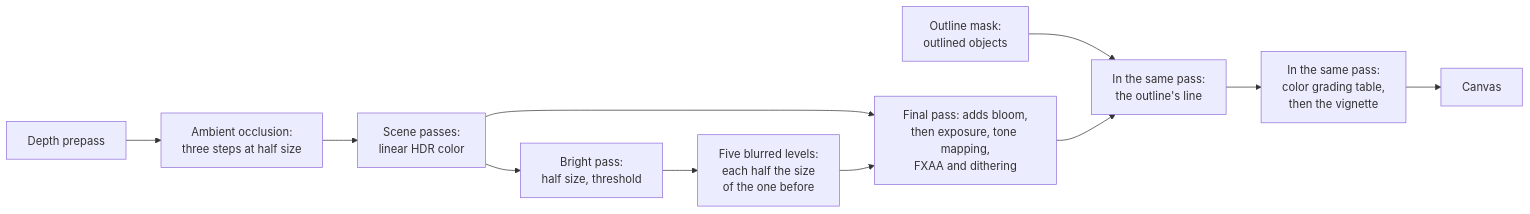
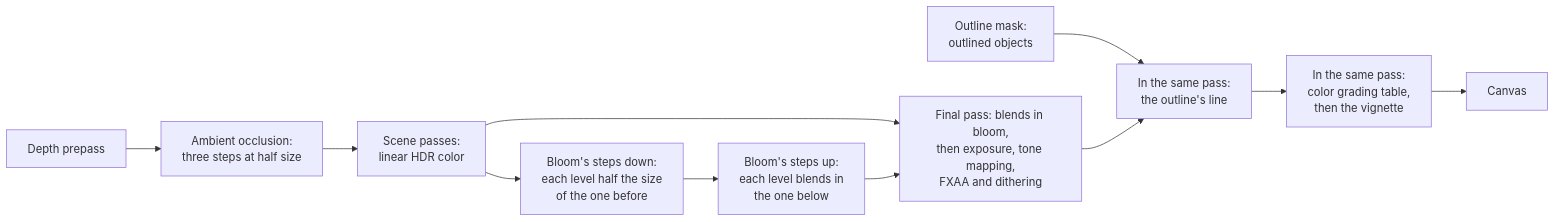
Before and after one commit to null3d-engine/null3d: the diagram in docs/concepts/post-processing.md, drawn with Mermaid. The commit also changed other lines of this file and 89 other files, not shown here.

````diff
--- a/docs/concepts/post-processing.md
+++ b/docs/concepts/post-processing.md
@@ -13,13 +13,13 @@
 ```mermaid
 flowchart LR
     prepass["Depth prepass"] --> ao["Ambient occlusion:<br/>three steps at half size"]
     ao --> scene
-    scene["Scene passes:<br/>linear HDR color"] --> bright["Bright pass:<br/>half size, threshold"]
-    bright --> levels["Five blurred levels:<br/>each half the size<br/>of the one before"]
-    scene --> final["Final pass: adds bloom,<br/>then exposure, tone mapping,<br/>FXAA and dithering"]
-    levels --> final
+    scene["Scene passes:<br/>linear HDR color"] --> down["Bloom's steps down:<br/>each level half the size<br/>of the one before"]
+    down --> up["Bloom's steps up:<br/>each level blends in<br/>the one below"]
+    scene --> final["Final pass: blends in bloom,<br/>then exposure, tone mapping,<br/>FXAA and dithering"]
+    up --> final
     mask["Outline mask:<br/>outlined objects"] --> line
     final --> line["In the same pass:<br/>the outline's line"]
     line --> grade["In the same pass:<br/>color grading table,<br/>then the vignette"]
     grade --> canvas["Canvas"]
 ```
````
